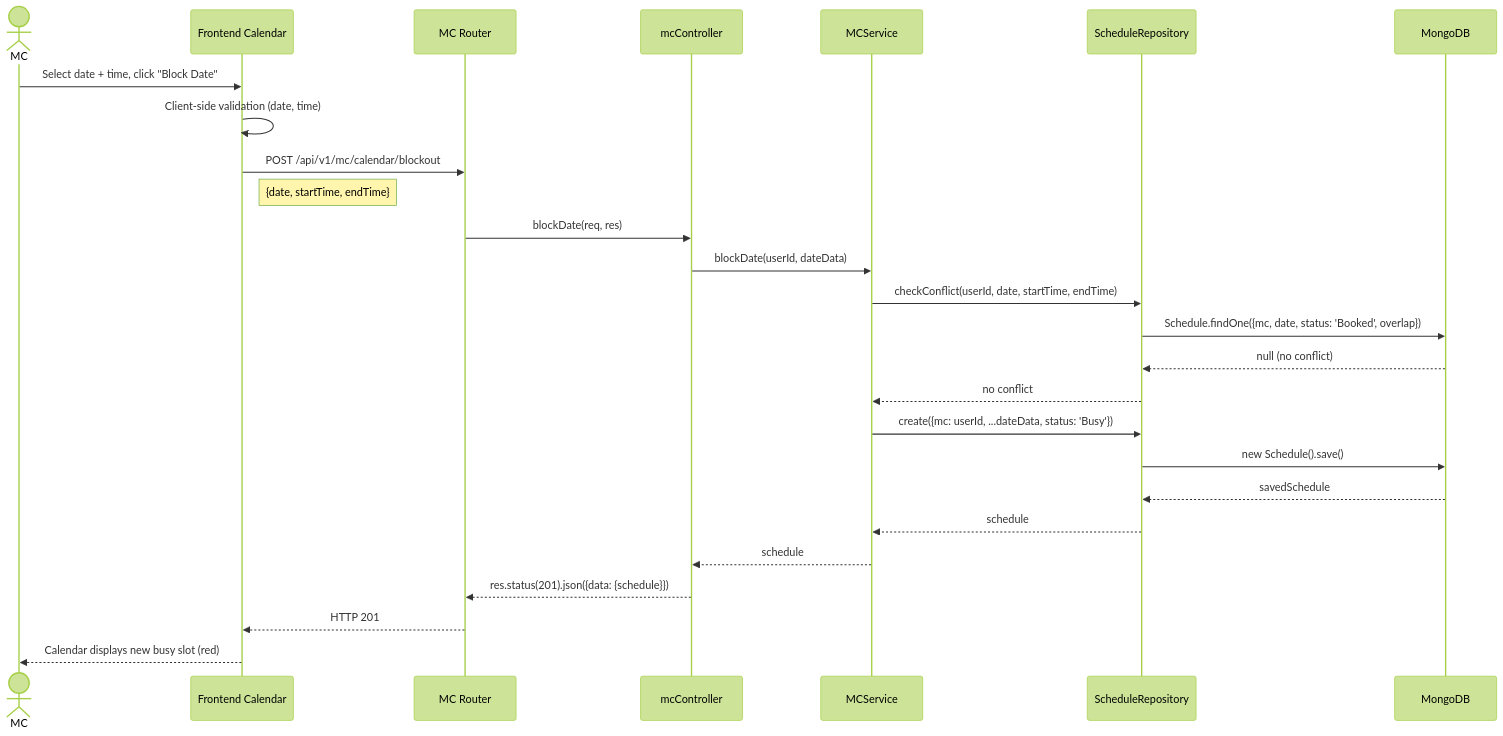
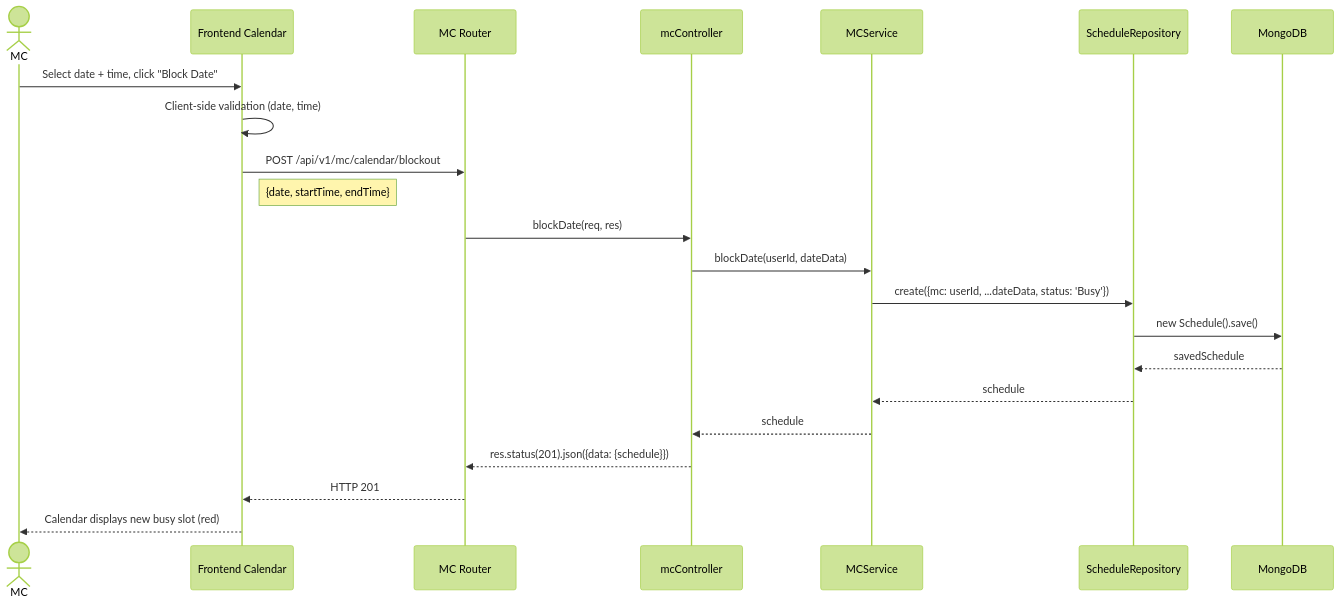
Diagram 17 of 51 in UC_Diagrams_EN.md (dat-21/SWD392), drawn with Mermaid (forest theme) before and after one commit. The commit also changed other lines of this file and 1 other file, not shown here.

Commit message:
docs: Refine UC diagrams and flows for media upload, schedule, and availability management, removing complex backend checks and notification dispatches.

````diff
--- a/UC_Diagrams_EN.md
+++ b/UC_Diagrams_EN.md
@@ -628,29 +636,25 @@
 ```mermaid
 sequenceDiagram
     actor MC
     participant FE as Frontend Calendar
     participant Router as MC Router
     participant Ctrl as mcController
     participant Svc as MCService
     participant Repo as ScheduleRepository
     participant DB as MongoDB
 
     MC->>FE: Select date + time, click "Block Date"
     FE->>FE: Client-side validation (date, time)
     FE->>Router: POST /api/v1/mc/calendar/blockout
     Note right of FE: {date, startTime, endTime}
     Router->>Ctrl: blockDate(req, res)
     Ctrl->>Svc: blockDate(userId, dateData)
-    Svc->>Repo: checkConflict(userId, date, startTime, endTime)
-    Repo->>DB: Schedule.findOne({mc, date, status: 'Booked', overlap})
-    DB-->>Repo: null (no conflict)
-    Repo-->>Svc: no conflict
     Svc->>Repo: create({mc: userId, ...dateData, status: 'Busy'})
     Repo->>DB: new Schedule().save()
     DB-->>Repo: savedSchedule
     Repo-->>Svc: schedule
     Svc-->>Ctrl: schedule
     Ctrl-->>Router: res.status(201).json({data: {schedule}})
     Router-->>FE: HTTP 201
     FE-->>MC: Calendar displays new busy slot (red)
 ```
````
